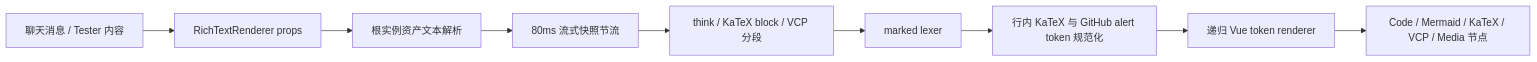
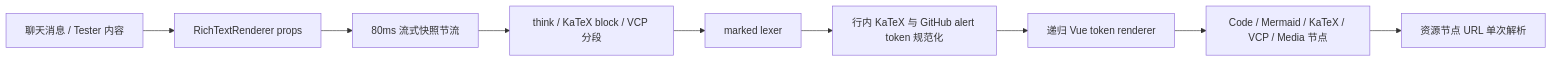
Before and after one commit to miaotouy/aio-hub: the diagram in mobile/src/tools/rich-text-renderer/ARCHITECTURE.md, drawn with Mermaid. The commit also changed other lines of this file and 16 other files, not shown here.

````diff
--- a/mobile/src/tools/rich-text-renderer/ARCHITECTURE.md
+++ b/mobile/src/tools/rich-text-renderer/ARCHITECTURE.md
@@ -39,11 +39,11 @@
 ```mermaid
 flowchart LR
   A["聊天消息 / Tester 内容"] --> B["RichTextRenderer props"]
-  B --> C["根实例资产文本解析"]
-  C --> D["80ms 流式快照节流"]
-  D --> E["think / KaTeX block / VCP 分段"]
-  E --> F["marked lexer"]
-  F --> G["行内 KaTeX 与 GitHub alert token 规范化"]
-  G --> H["递归 Vue token renderer"]
-  H --> I["Code / Mermaid / KaTeX / VCP / Media 节点"]
+  B --> C["80ms 流式快照节流"]
+  C --> D["think / KaTeX block / VCP 分段"]
+  D --> E["marked lexer"]
+  E --> F["行内 KaTeX 与 GitHub alert token 规范化"]
+  F --> G["递归 Vue token renderer"]
+  G --> H["Code / Mermaid / KaTeX / VCP / Media 节点"]
+  H --> I["资源节点 URL 单次解析"]
 ```
````
